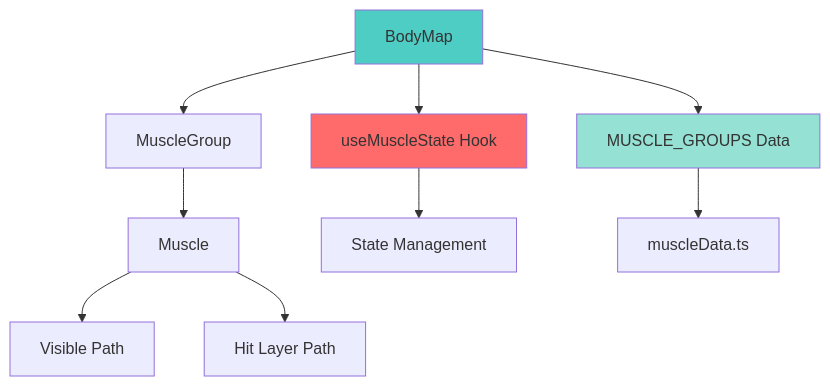
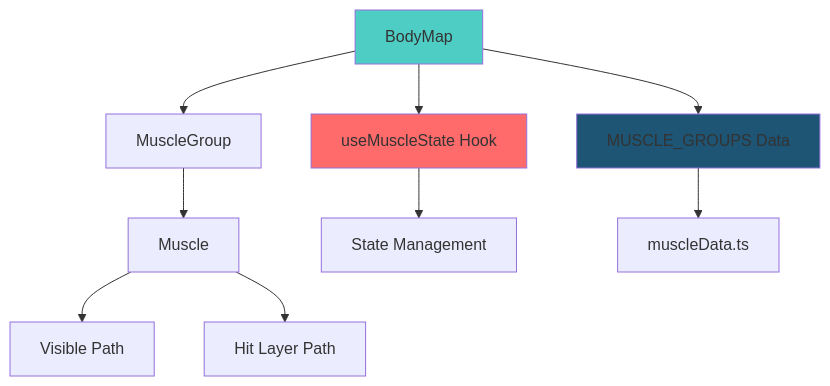
The first of 3 diagrams in README.md (JScafidi616/Dynamic-Body-muscle), drawn with Mermaid before and after one commit.

Commit message:
Color fix diagram

````diff
--- a/README.md
+++ b/README.md
@@ -324,17 +324,17 @@
 ```mermaid
 graph TD
     A[BodyMap] --> B[MuscleGroup]
     B --> C[Muscle]
     C --> D[Visible Path]
     C --> E[Hit Layer Path]
 
     A --> F[useMuscleState Hook]
     F --> G[State Management]
 
     A --> H[MUSCLE_GROUPS Data]
     H --> I[muscleData.ts]
 
     style A fill:#4ecdc4
     style F fill:#ff6b6b
-    style H fill:#95e1d3
+    style H fill:#1E5474FF
 ```
````
